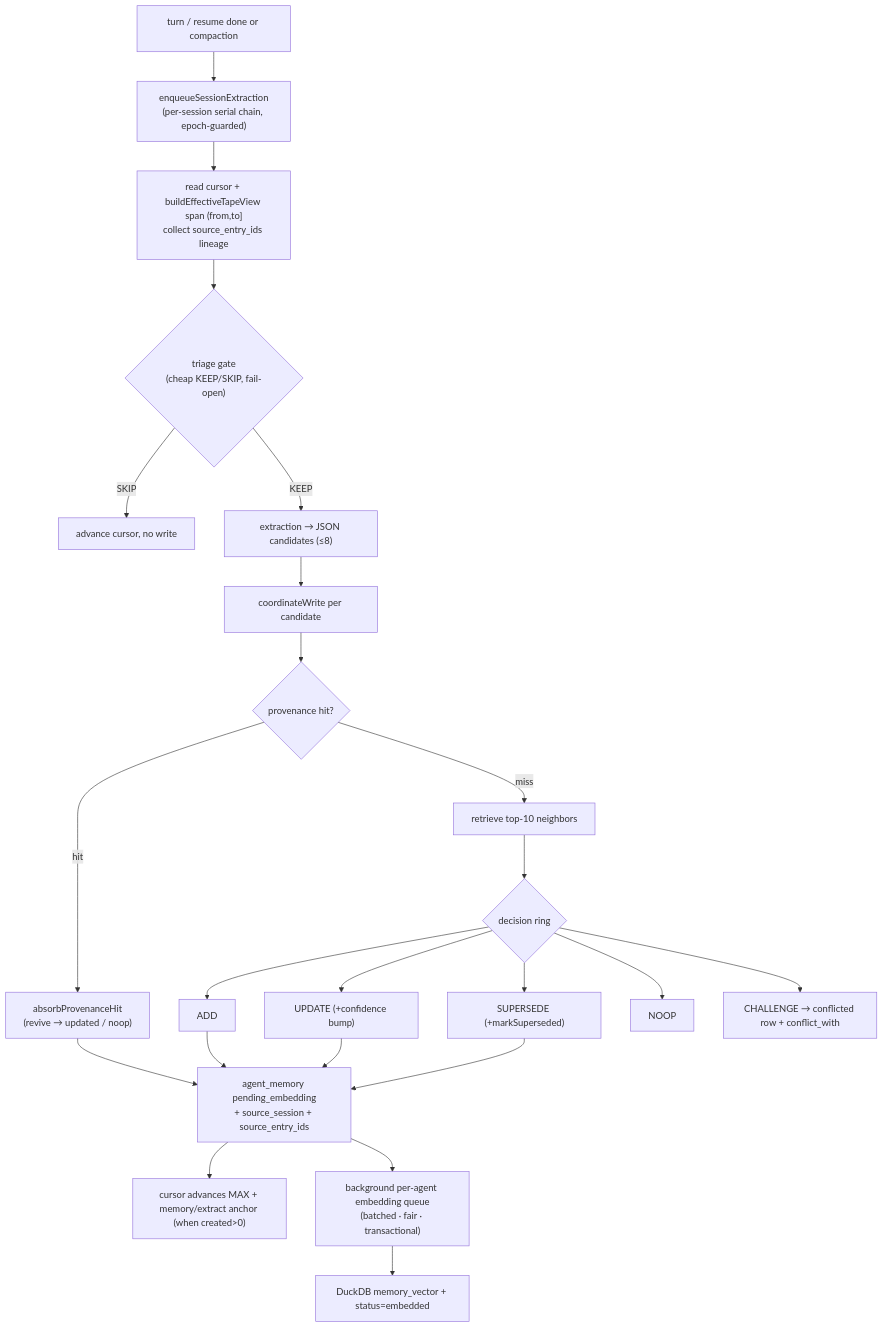
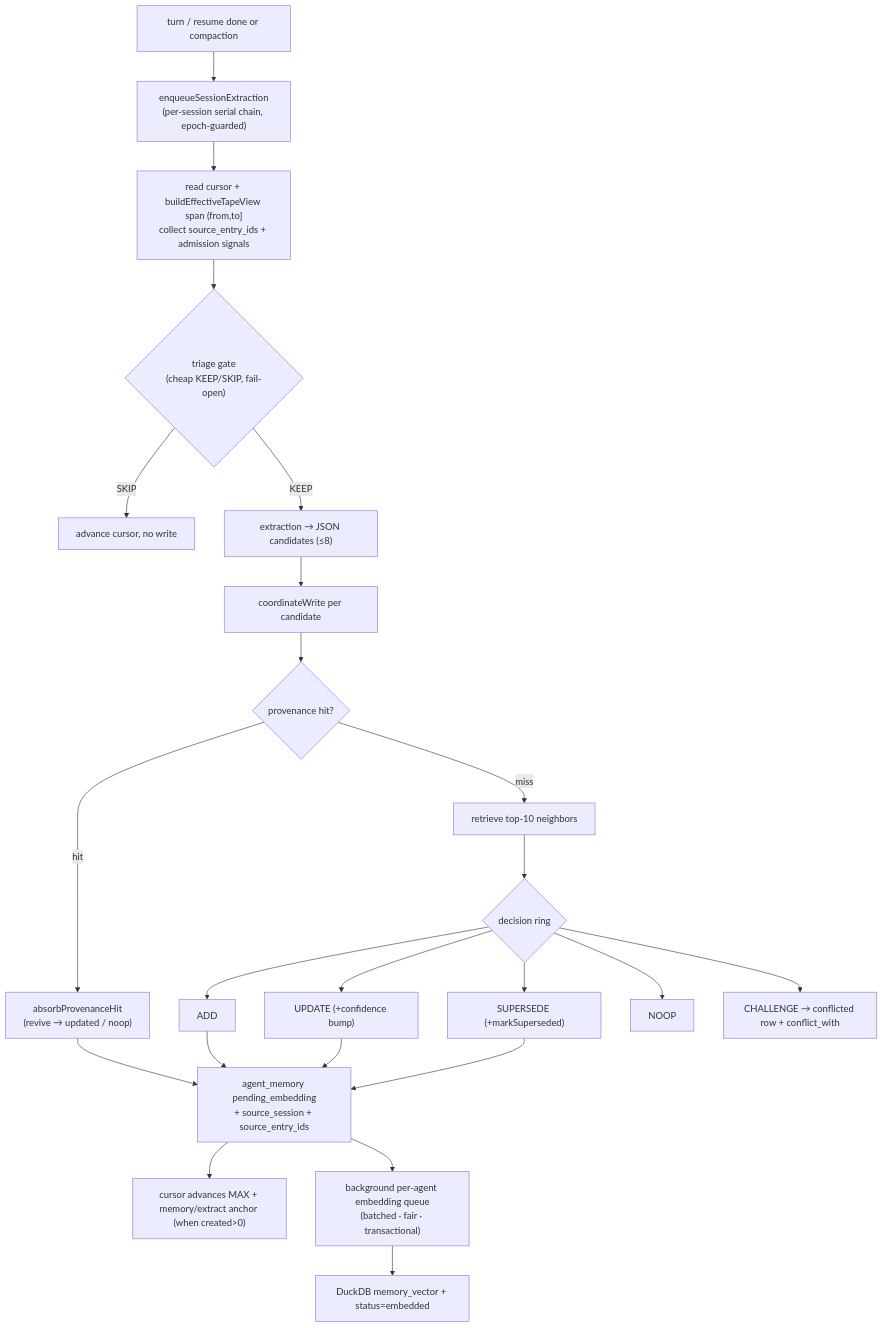
The third of 5 diagrams in docs/architecture/agent-memory-system/spec.md (ThinkInAIXYZ/deepchat), drawn with Mermaid before and after one commit. The commit also changed other lines of this file, not shown here.

Commit message:
docs(memory): update agent memory architecture

````diff
--- a/docs/architecture/agent-memory-system/spec.md
+++ b/docs/architecture/agent-memory-system/spec.md
@@ -221,25 +232,25 @@
 ```mermaid
 flowchart TD
   T["turn / resume done or compaction"] --> EQ["enqueueSessionExtraction<br/>(per-session serial chain, epoch-guarded)"]
-  EQ --> CUR["read cursor + buildEffectiveTapeView span (from,to]<br/>collect source_entry_ids lineage"]
+  EQ --> CUR["read cursor + buildEffectiveTapeView span (from,to]<br/>collect source_entry_ids + admission signals"]
   CUR --> TRI{"triage gate<br/>(cheap KEEP/SKIP, fail-open)"}
   TRI -- SKIP --> ADV0["advance cursor, no write"]
   TRI -- KEEP --> EX["extraction → JSON candidates (≤8)"]
   EX --> CW["coordinateWrite per candidate"]
   CW --> DUP{provenance hit?}
   DUP -- hit --> REV["absorbProvenanceHit<br/>(revive → updated / noop)"]
   DUP -- miss --> NB["retrieve top-10 neighbors"]
   NB --> DEC{decision ring}
   DEC --> ADD[ADD]
   DEC --> UPD["UPDATE (+confidence bump)"]
   DEC --> SUP["SUPERSEDE (+markSuperseded)"]
   DEC --> NOOP[NOOP]
   DEC --> CH["CHALLENGE → conflicted row + conflict_with"]
   ADD --> PEND["agent_memory pending_embedding<br/>+ source_session + source_entry_ids"]
   UPD --> PEND
   SUP --> PEND
   REV --> PEND
   PEND --> ADV["cursor advances MAX + memory/extract anchor (when created>0)"]
   PEND --> EMB["background per-agent embedding queue<br/>(batched · fair · transactional)"]
   EMB --> DUCK["DuckDB memory_vector + status=embedded"]
 ```
````
